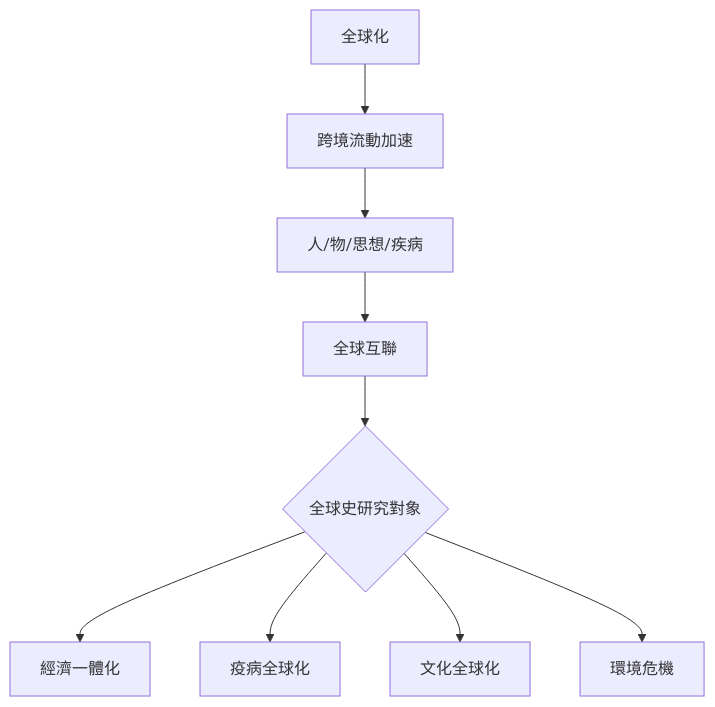
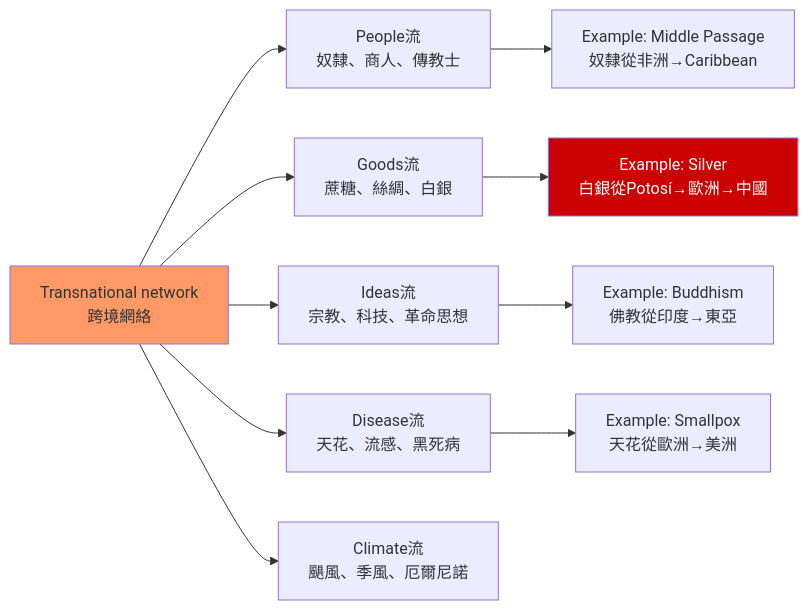
The first of 5 diagrams in 01_HKU_Courses/HIST2233_Globalizing_History.md (yip-lgtm/HKU-Harvard-History-Self-Study), drawn with Mermaid before and after one commit. The commit also changed other lines of this file and 8 other files, not shown here.

````diff
--- a/01_HKU_Courses/HIST2233_Globalizing_History.md
+++ b/01_HKU_Courses/HIST2233_Globalizing_History.md
@@ -266,11 +117,16 @@
 ```mermaid
-flowchart TD
-    A[全球化] --> B[跨境流動加速]
-    B --> C[人/物/思想/疾病]
-    C --> D[全球互聯]
-    D --> E{全球史研究對象}
-    E --> F[經濟一體化]
-    E --> G[疫病全球化]
-    E --> H[文化全球化]
-    E --> I[環境危機]
+graph LR
+    A[Transnational network<br/>跨境網絡] --> B[People流<br/>奴隸、商人、傳教士]
+    A --> C[Goods流<br/>蔗糖、絲綢、白銀]
+    A --> D[Ideas流<br/>宗教、科技、革命思想]
+    A --> E[Disease流<br/>天花、流感、黑死病]
+    A --> F[Climate流<br/>颶風、季風、厄爾尼諾]
+    
+    B --> G[Example: Middle Passage<br/>奴隸從非洲→Caribbean]
+    C --> H[Example: Silver<br/>白銀從Potosí→歐洲→中國]
+    D --> I[Example: Buddhism<br/>佛教從印度→東亞]
+    E --> J[Example: Smallpox<br/>天花從歐洲→美洲]
+    
+    style A fill:#f96
+    style H fill:#c00,color:#fff
 ```
````
